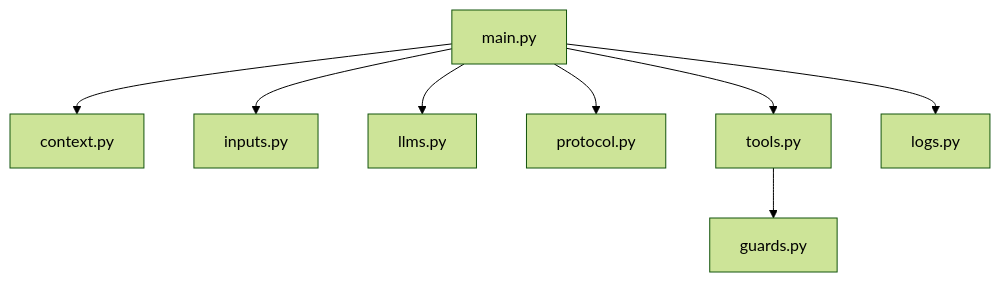
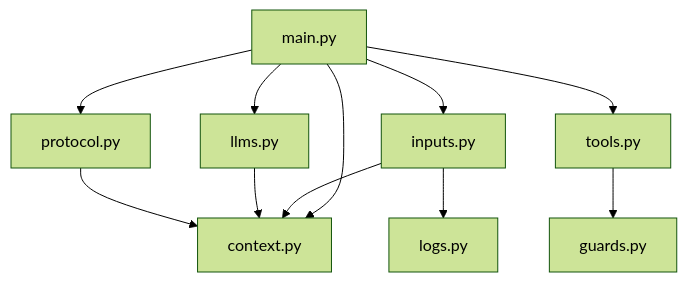
The second of 2 diagrams in README.md (mtov/minixx), drawn with Mermaid (forest theme) before and after one commit. The commit also changed other lines of this file, not shown here.

Commit message:
docs: refresh README architecture summary

````diff
--- a/README.md
+++ b/README.md
@@ -67,19 +67,22 @@
 ```mermaid
 flowchart TD
     A["main.py"]
     B["context.py"]
     C["inputs.py"]
     D["llms.py"]
     E["protocol.py"]
     F["tools.py"]
     G["logs.py"]
     H["guards.py"]
 
     A --> B
     A --> C
     A --> D
     A --> E
     A --> F
-    A --> G
+    C --> B
+    C --> G
+    D --> B
+    E --> B
     F --> H
 ```
````
